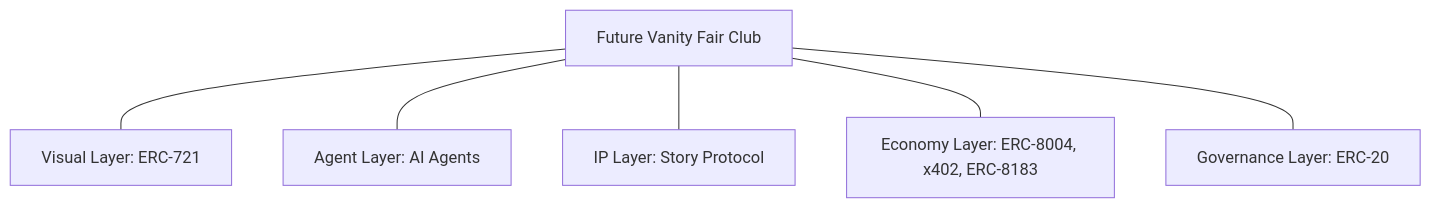
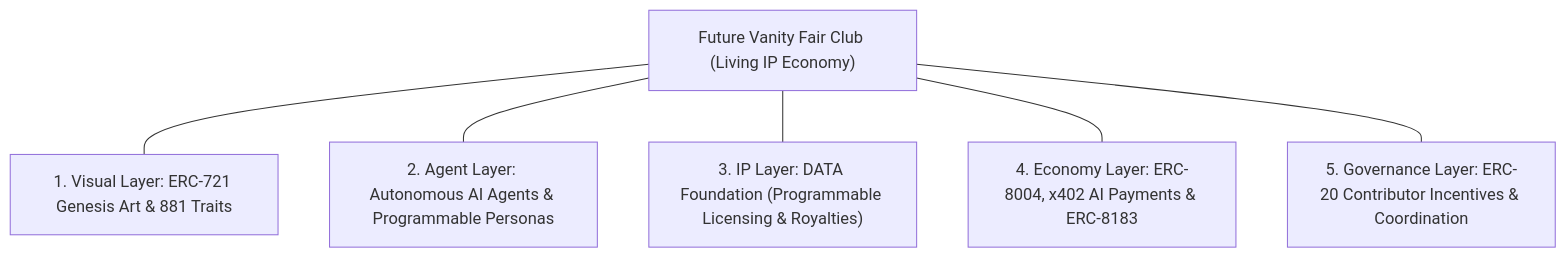
One commit to futurevanityfairclub/futurevanityfairclub changed the diagram in README.md. Above: the diagram before and after it, drawn with Mermaid. The commit also changed other lines of this file, not shown here.

Commit message:
docs: enrich profile README with Living IP economy, programmable personas, and 5-layer architecture

````diff
--- a/README.md
+++ b/README.md
@@ -25,9 +24,9 @@
 ```mermaid
 graph TD
-    FVFC[Future Vanity Fair Club]
-    FVFC --- A[Visual Layer: ERC-721]
-    FVFC --- B[Agent Layer: AI Agents]
-    FVFC --- C[IP Layer: Story Protocol]
-    FVFC --- D[Economy Layer: ERC-8004, x402, ERC-8183]
-    FVFC --- E[Governance Layer: ERC-20]
+    FVFC["Future Vanity Fair Club (Living IP Economy)"]
+    FVFC --- L1["1. Visual Layer: ERC-721 Genesis Art & 881 Traits"]
+    FVFC --- L2["2. Agent Layer: Autonomous AI Agents & Programmable Personas"]
+    FVFC --- L3["3. IP Layer: DATA Foundation (Programmable Licensing & Royalties)"]
+    FVFC --- L4["4. Economy Layer: ERC-8004, x402 AI Payments & ERC-8183"]
+    FVFC --- L5["5. Governance Layer: ERC-20 Contributor Incentives & Coordination"]
 ```
````
